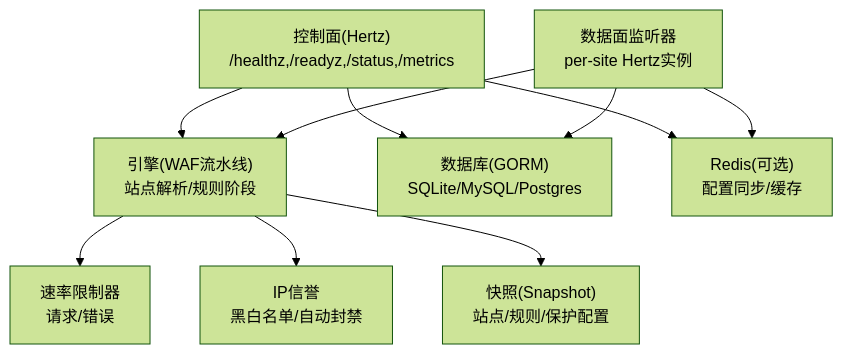
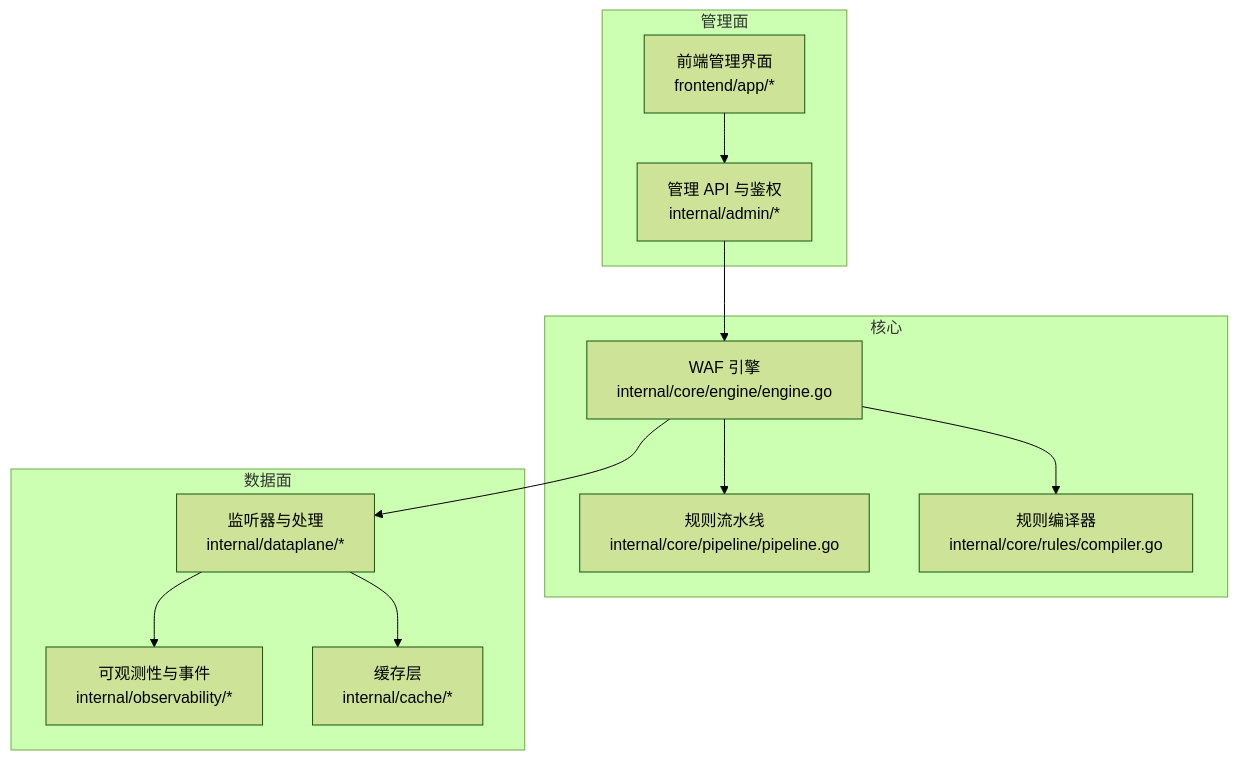
The second of 5 diagrams in docs/开发者指南.md (x01n/My-OpenWaf), drawn with Mermaid (forest theme) before and after one commit. The commit also changed other lines of this file and 199 other files, not shown here.

````diff
--- a/docs/开发者指南.md
+++ b/docs/开发者指南.md
@@ -134,20 +130,24 @@
 ```mermaid
 graph TB
-Admin["控制面(Hertz)<br/>/healthz,/readyz,/status,/metrics"]
-Engine["引擎(WAF流水线)<br/>站点解析/规则阶段"]
-RL["速率限制器<br/>请求/错误"]
-IPRep["IP信誉<br/>黑白名单/自动封禁"]
-Snap["快照(Snapshot)<br/>站点/规则/保护配置"]
-DB["数据库(GORM)<br/>SQLite/MySQL/Postgres"]
-Redis["Redis(可选)<br/>配置同步/缓存"]
-DP["数据面监听器<br/>per-site Hertz实例"]
-Admin --> Engine
-Engine --> RL
-Engine --> IPRep
-Engine --> Snap
-Admin --> DB
-Admin --> Redis
-DP --> Engine
-DP --> DB
-DP --> Redis
+subgraph "管理面"
+ADMIN_API["管理 API 与鉴权<br/>internal/admin/*"]
+FRONTEND["前端管理界面<br/>frontend/app/*"]
+end
+subgraph "核心"
+ENGINE["WAF 引擎<br/>internal/core/engine/engine.go"]
+PIPELINE["规则流水线<br/>internal/core/pipeline/pipeline.go"]
+RULES["规则编译器<br/>internal/core/rules/compiler.go"]
+end
+subgraph "数据面"
+DP_LISTENER["监听器与处理<br/>internal/dataplane/*"]
+OBS["可观测性与事件<br/>internal/observability/*"]
+CACHE["缓存层<br/>internal/cache/*"]
+end
+FRONTEND --> ADMIN_API
+ADMIN_API --> ENGINE
+ENGINE --> PIPELINE
+ENGINE --> RULES
+ENGINE --> DP_LISTENER
+DP_LISTENER --> OBS
+DP_LISTENER --> CACHE
 ```
````
